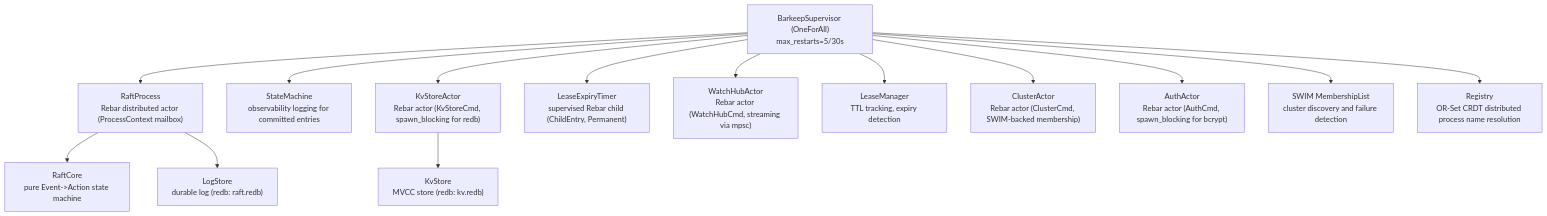
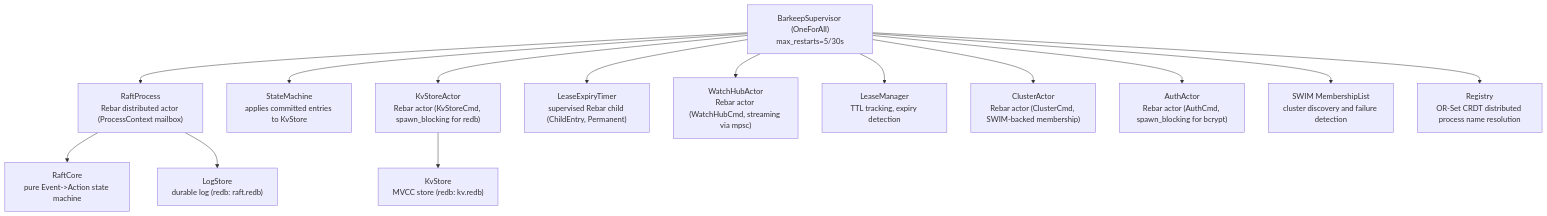
One commit to alexandernicholson/barkeeper changed the second of 9 diagrams in docs/architecture.md. Above: the diagram before and after it, drawn with Mermaid. The commit also changed other lines of this file and 112 other files, not shown here.

````diff
--- a/docs/architecture.md
+++ b/docs/architecture.md
@@ -52,17 +52,17 @@
 ```mermaid
 graph TD
     S["BarkeepSupervisor (OneForAll)<br>max_restarts=5/30s"]
     S --> R["RaftProcess<br>Rebar distributed actor (ProcessContext mailbox)"]
     R --> RC["RaftCore<br>pure Event-&gt;Action state machine"]
     R --> LS["LogStore<br>durable log (redb: raft.redb)"]
-    S --> SM["StateMachine<br>observability logging for committed entries"]
+    S --> SM["StateMachine<br>applies committed entries to KvStore"]
     S --> KVA["KvStoreActor<br>Rebar actor (KvStoreCmd, spawn_blocking for redb)"]
     KVA --> KV["KvStore<br>MVCC store (redb: kv.redb)"]
     S --> LET["LeaseExpiryTimer<br>supervised Rebar child (ChildEntry, Permanent)"]
     S --> WHA["WatchHubActor<br>Rebar actor (WatchHubCmd, streaming via mpsc)"]
     S --> LM["LeaseManager<br>TTL tracking, expiry detection"]
     S --> CA["ClusterActor<br>Rebar actor (ClusterCmd, SWIM-backed membership)"]
     S --> AA["AuthActor<br>Rebar actor (AuthCmd, spawn_blocking for bcrypt)"]
     S --> SWIM["SWIM MembershipList<br>cluster discovery and failure detection"]
     S --> Reg["Registry<br>OR-Set CRDT distributed process name resolution"]
 ```
````
